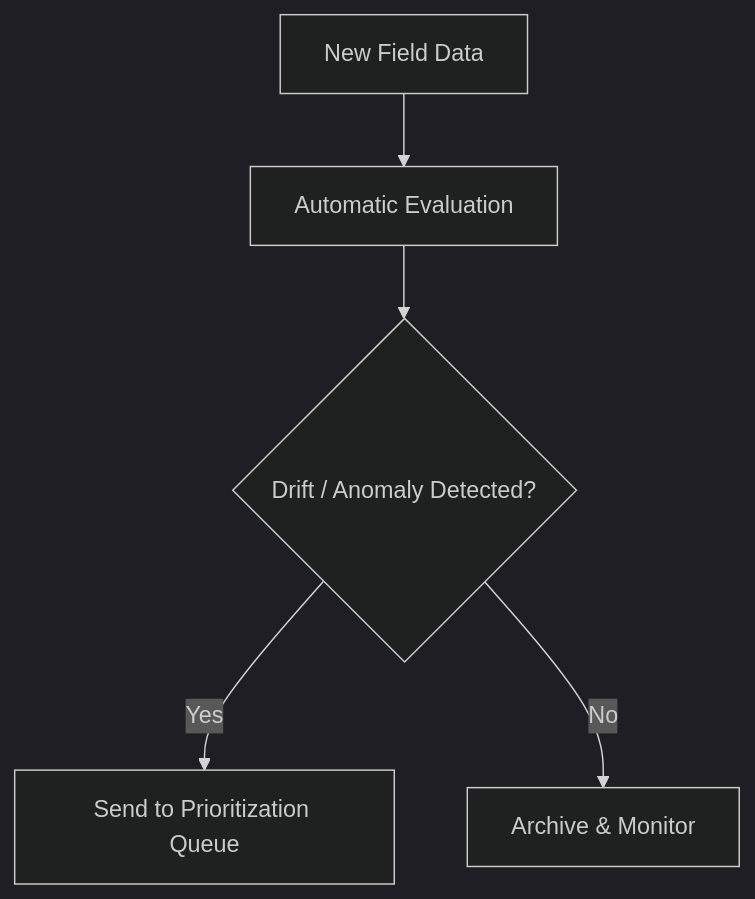
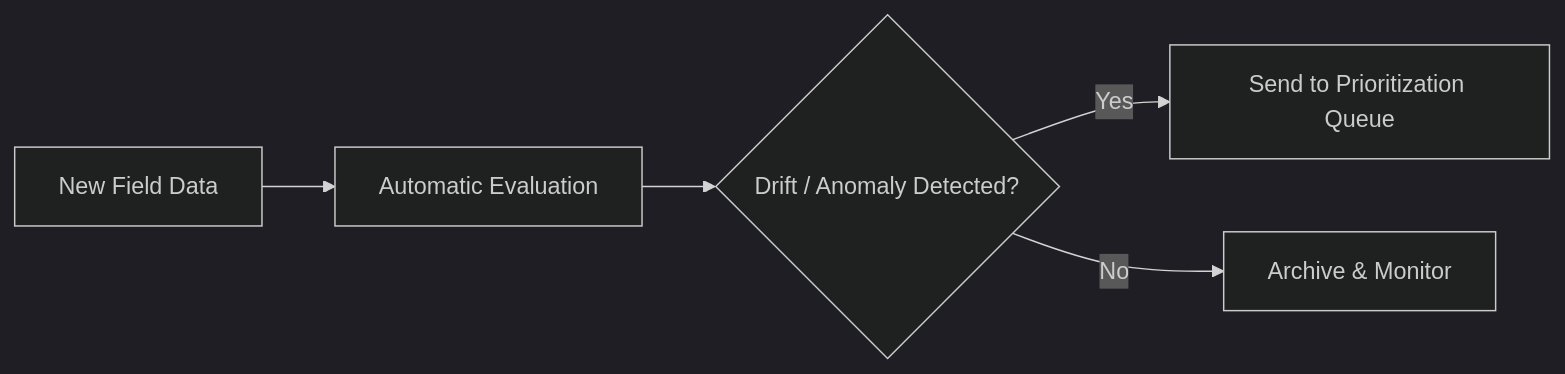
Before and after one commit to Christophe-Foyer/website: the second of 2 diagrams in public/data/projects/2025-03-15-Tortuga Agtech.md, drawn with Mermaid (dark theme). The commit also changed other lines of this file, not shown here.

Commit message:
choose direction

````diff
--- a/public/data/projects/2025-03-15-Tortuga Agtech.md
+++ b/public/data/projects/2025-03-15-Tortuga Agtech.md
@@ -38,7 +38,7 @@
 ```mermaid
-graph TD
+graph LR
     A[New Field Data] --> B[Automatic Evaluation]
     B --> C{Drift / Anomaly Detected?}
     C -- Yes --> D[Send to Prioritization Queue]
     C -- No --> E[Archive & Monitor]
 ```
````
